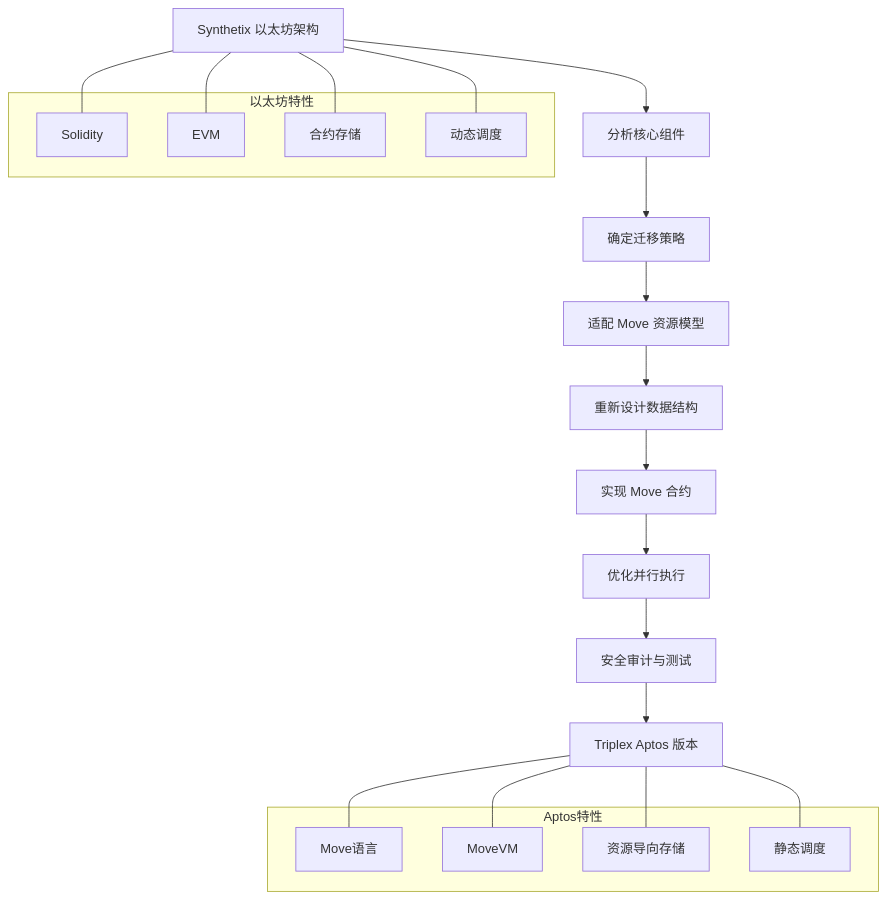
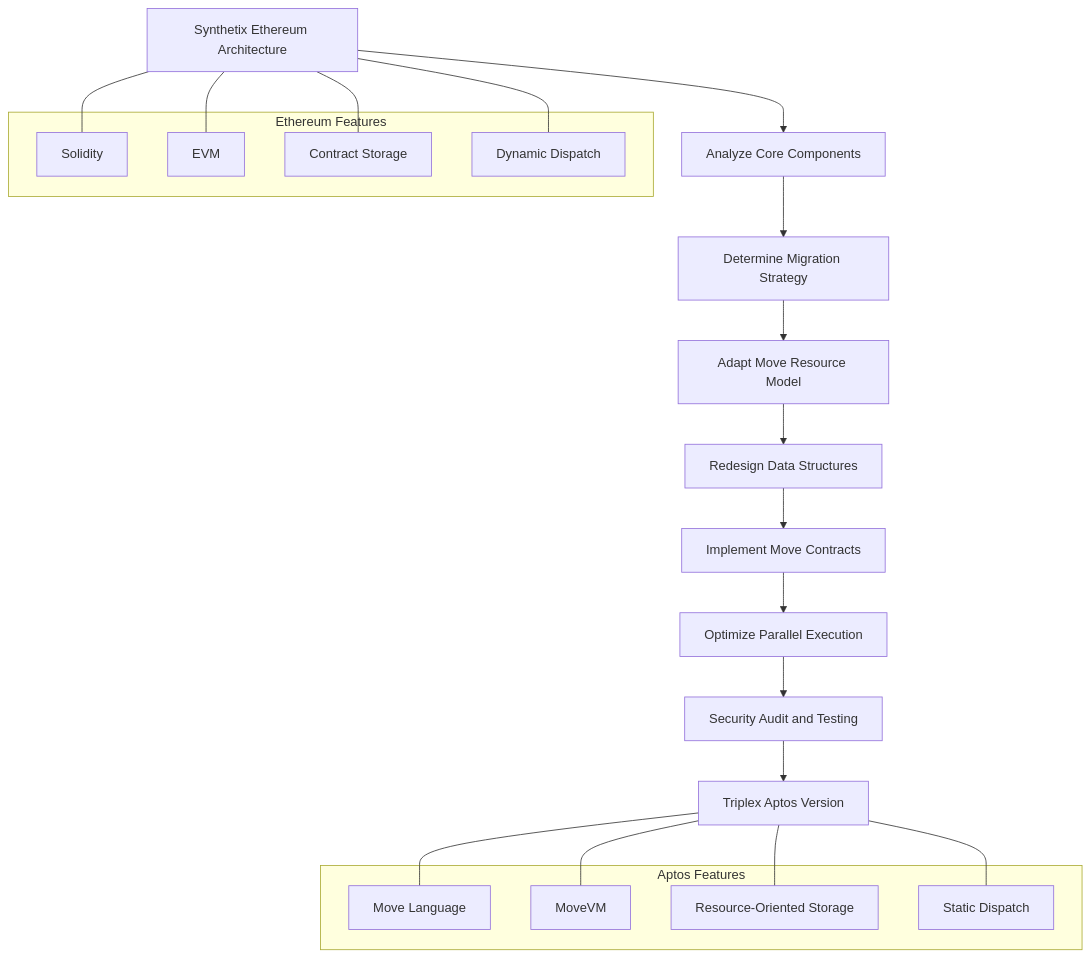
The diagram in content/en/architecturalanalysis/page.mdx (LaozpGZ/TriplexDocumentation), drawn with Mermaid before and after one commit. The commit also changed other lines of this file and 187 other files, not shown here.

````diff
--- a/content/en/architecturalanalysis/page.mdx
+++ b/content/en/architecturalanalysis/page.mdx
@@ -78,35 +78,35 @@
 ```mermaid
 graph TB
-    A[Synthetix 以太坊架构] --> B[分析核心组件]
-    B --> C[确定迁移策略]
-    C --> D[适配 Move 资源模型]
-    D --> E[重新设计数据结构]
-    E --> F[实现 Move 合约]
-    F --> G[优化并行执行]
-    G --> H[安全审计与测试]
-    H --> I[Triplex Aptos 版本]
+    A[Synthetix Ethereum Architecture] --> B[Analyze Core Components]
+    B --> C[Determine Migration Strategy]
+    C --> D[Adapt Move Resource Model]
+    D --> E[Redesign Data Structures]
+    E --> F[Implement Move Contracts]
+    F --> G[Optimize Parallel Execution]
+    G --> H[Security Audit and Testing]
+    H --> I[Triplex Aptos Version]
     
-    subgraph 以太坊特性
+    subgraph Ethereum Features
     J[Solidity]
     K[EVM]
-    L[合约存储]
-    M[动态调度]
+    L[Contract Storage]
+    M[Dynamic Dispatch]
     end
     
-    subgraph Aptos特性
-    N[Move语言]
+    subgraph Aptos Features
+    N[Move Language]
     O[MoveVM]
-    P[资源导向存储]
-    Q[静态调度]
+    P[Resource-Oriented Storage]
+    Q[Static Dispatch]
     end
     
     A --- J
     A --- K
     A --- L
     A --- M
     
     I --- N
     I --- O
     I --- P
     I --- Q
 ```
````
